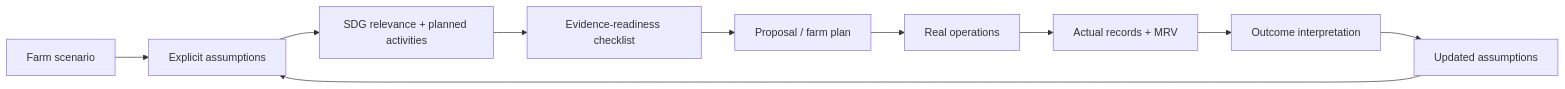
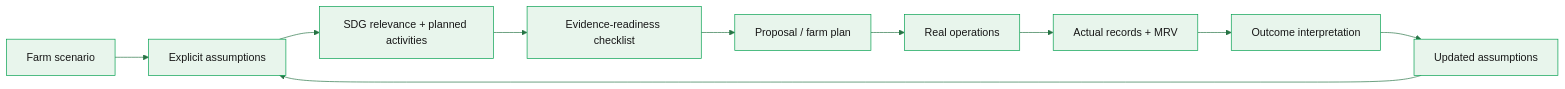
Before and after one commit to wasalo/Kokonut-Public-Site: the diagram in kokonut-framework/impact-calculator.mdx, drawn with Mermaid. The commit also changed 9 other files, not shown here.

Commit message:
style(mermaid): refresh Framework phases, schema and evidence cycles; distinguish provenance from review

````diff
--- a/kokonut-framework/impact-calculator.mdx
+++ b/kokonut-framework/impact-calculator.mdx
@@ -71,12 +71,13 @@
 ```mermaid
+%%{init: {"theme":"base","themeVariables":{"primaryColor":"#e8f5ec","primaryTextColor":"#171717","primaryBorderColor":"#009F4D","secondaryColor":"#fff3c4","tertiaryColor":"#ffffff","lineColor":"#277445","fontFamily":"Inter, Arial, sans-serif"}}}%%
 flowchart LR
     A["Farm scenario"] --> B["Explicit assumptions"]
     B --> C["SDG relevance + planned activities"]
     C --> D["Evidence-readiness checklist"]
     D --> E["Proposal / farm plan"]
     E --> F["Real operations"]
     F --> G["Actual records + MRV"]
     G --> H["Outcome interpretation"]
     H --> I["Updated assumptions"]
     I --> B
 ```
````
